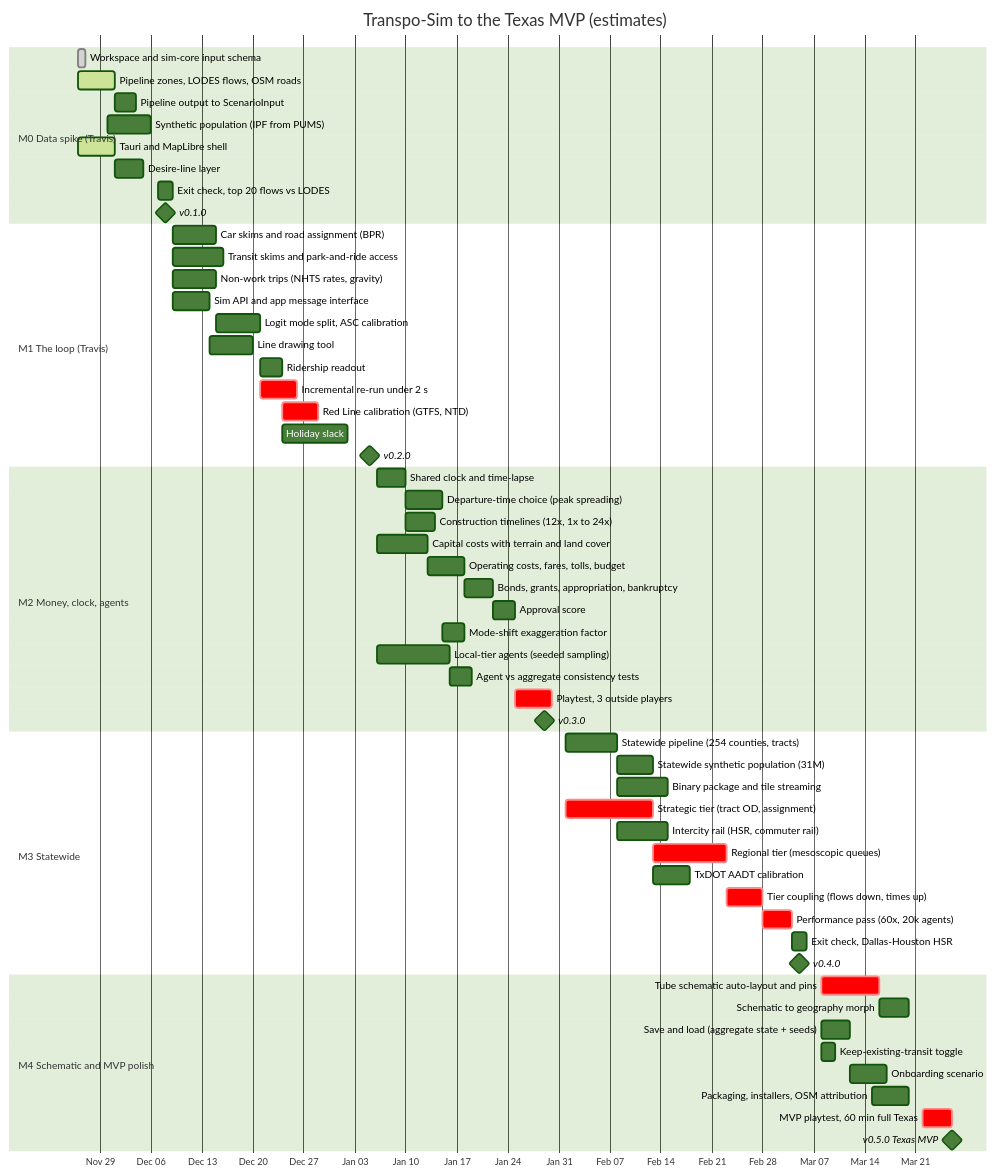
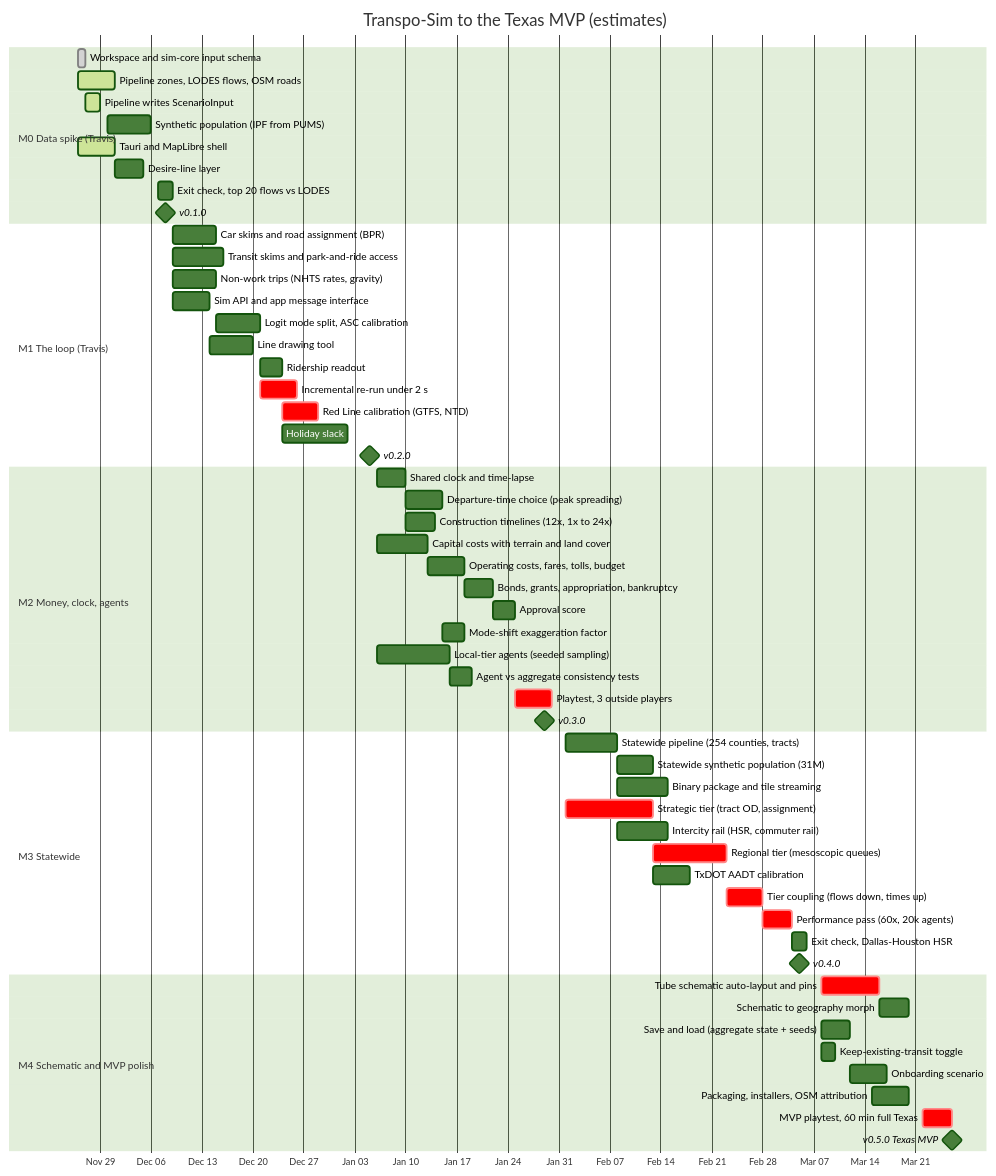
Before and after one commit to mr-gril-em-up/Transportation-Simulator: the diagram in docs/ROADMAP.md, drawn with Mermaid (forest theme). The commit also changed other lines of this file and 4 other files, not shown here.

First line of the commit message:
Docs: update interface section for pipeline's ScenarioInput output

````diff
--- a/docs/ROADMAP.md
+++ b/docs/ROADMAP.md
@@ -23,67 +23,67 @@
 ```mermaid
 gantt
     title Transpo-Sim to the Texas MVP (estimates)
     dateFormat YYYY-MM-DD
     axisFormat %b %d
     todayMarker on
 
     section M0 Data spike (Travis)
     Workspace and sim-core input schema        :done,   f01, 2026-11-26, 1d
     Pipeline zones, LODES flows, OSM roads     :active, f02, 2026-11-26, 5d
-    Pipeline output to ScenarioInput           :        f03, after f02, 3d
+    Pipeline writes ScenarioInput              :active, f03, 2026-11-27, 2d
     Synthetic population (IPF from PUMS)       :        f04, 2026-11-30, 6d
     Tauri and MapLibre shell                   :active, f05, 2026-11-26, 5d
     Desire-line layer                          :        f06, after f05, 4d
     Exit check, top 20 flows vs LODES          :        f07, 2026-12-07, 2d
     v0.1.0                                     :milestone, r01, 2026-12-08, 0d
 
     section M1 The loop (Travis)
     Car skims and road assignment (BPR)        :        f11, 2026-12-09, 6d
     Transit skims and park-and-ride access     :        f12, 2026-12-09, 7d
     Non-work trips (NHTS rates, gravity)       :        f13, 2026-12-09, 6d
     Sim API and app message interface          :        f15, 2026-12-09, 5d
     Logit mode split, ASC calibration          :        f14, after f11, 6d
     Line drawing tool                          :        f16, after f15, 6d
     Ridership readout                          :        f17, after f14, 3d
     Incremental re-run under 2 s               :crit,   f18, after f14, 5d
     Red Line calibration (GTFS, NTD)           :crit,   f19, after f17, 5d
     Holiday slack                              :        f1h, 2026-12-24, 9d
     v0.2.0                                     :milestone, r02, 2027-01-05, 0d
 
     section M2 Money, clock, agents
     Shared clock and time-lapse                :        f21, 2027-01-06, 4d
     Departure-time choice (peak spreading)     :        f22, after f21, 5d
     Construction timelines (12x, 1x to 24x)    :        f24, after f21, 4d
     Capital costs with terrain and land cover  :        f23, 2027-01-06, 7d
     Operating costs, fares, tolls, budget      :        f25, after f23, 5d
     Bonds, grants, appropriation, bankruptcy   :        f26, after f25, 4d
     Approval score                             :        f27, after f26, 3d
     Mode-shift exaggeration factor             :        f2e, after f22, 3d
     Local-tier agents (seeded sampling)        :        f28, 2027-01-06, 10d
     Agent vs aggregate consistency tests       :        f29, after f28, 3d
     Playtest, 3 outside players                :crit,   f2p, 2027-01-25, 5d
     v0.3.0                                     :milestone, r03, 2027-01-29, 0d
 
     section M3 Statewide
     Statewide pipeline (254 counties, tracts)  :        f31, 2027-02-01, 7d
     Statewide synthetic population (31M)       :        f32, after f31, 5d
     Binary package and tile streaming          :        f33, after f31, 7d
     Strategic tier (tract OD, assignment)      :crit,   f34, 2027-02-01, 12d
     Intercity rail (HSR, commuter rail)        :        f37, 2027-02-08, 7d
     Regional tier (mesoscopic queues)          :crit,   f35, after f34, 10d
     TxDOT AADT calibration                     :        f38, after f34, 5d
     Tier coupling (flows down, times up)       :crit,   f36, after f35, 5d
     Performance pass (60x, 20k agents)         :crit,   f39, after f36, 4d
     Exit check, Dallas-Houston HSR             :        f3x, 2027-03-04, 2d
     v0.4.0                                     :milestone, r04, 2027-03-05, 0d
 
     section M4 Schematic and MVP polish
     Tube schematic auto-layout and pins        :crit,   f41, 2027-03-08, 8d
     Schematic to geography morph               :        f42, after f41, 4d
     Save and load (aggregate state + seeds)    :        f43, 2027-03-08, 4d
     Keep-existing-transit toggle               :        f44, 2027-03-08, 2d
     Onboarding scenario                        :        f45, 2027-03-12, 5d
     Packaging, installers, OSM attribution     :        f46, 2027-03-15, 5d
     MVP playtest, 60 min full Texas            :crit,   f47, 2027-03-22, 4d
     v0.5.0 Texas MVP                           :milestone, r05, 2027-03-26, 0d
 ```
````
